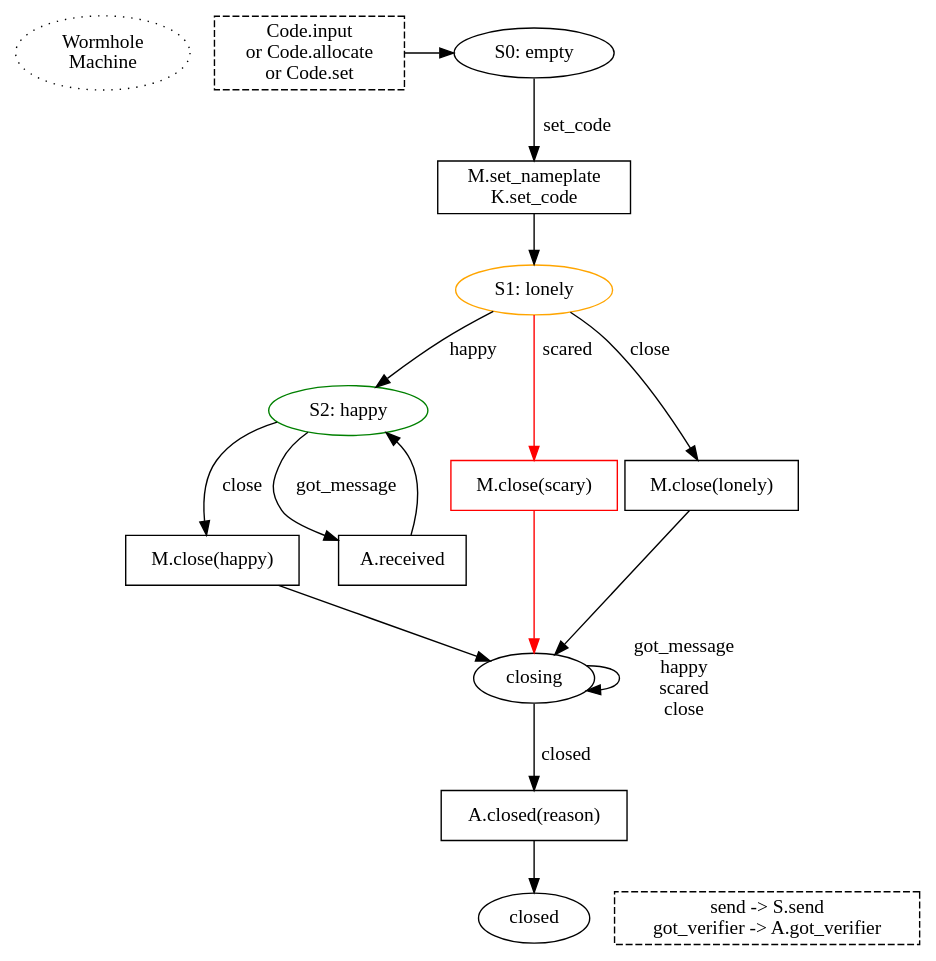
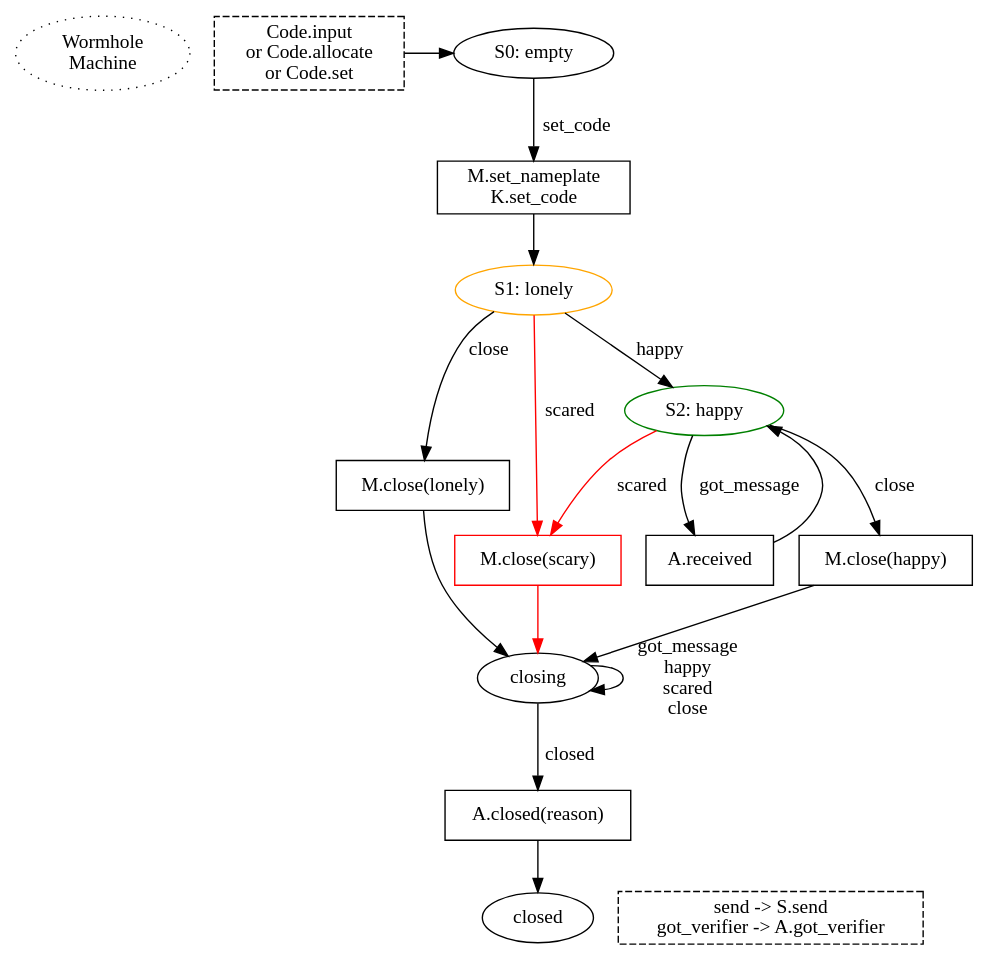
Before and after one commit to magic-wormhole/magic-wormhole: the diagram in docs/wormhole.dot, drawn with Graphviz. The commit also changed 13 other files, not shown here.

```diff
--- a/docs/wormhole.dot
+++ b/docs/wormhole.dot
@@ -1,57 +1,59 @@
 digraph {
 
         /* could shave a RTT by committing to the nameplate early, before
         finishing the rest of the code input. While the user is still
         typing/completing the code, we claim the nameplate, open the mailbox,
         and retrieve the peer's PAKE message. Then as soon as the user
         finishes entering the code, we build our own PAKE message, send PAKE,
         compute the key, send VERSION. Starting from the Return, this saves
         two round trips. OTOH it adds consequences to hitting Tab. */
 
         start [label="Wormhole\nMachine" style="dotted"]
 
         {rank=same; P0_code S0}
         P0_code [shape="box" style="dashed"
                  label="Code.input\n or Code.allocate\n or Code.set"]
         P0_code -> S0
         S0 [label="S0: empty"]
         S0 -> P0_build [label="set_code"]
 
         P0_build [shape="box" label="M.set_nameplate\nK.set_code"]
         P0_build -> S1
         S1 [label="S1: lonely" color="orange"]
 
         S1 -> S2 [label="happy"]
 
         S1 -> P_close_scary [label="scared" color="red"]
         S1 -> P_close_lonely [label="close"]
         P_close_lonely [shape="box" label="M.close(lonely)"]
         P_close_lonely -> S_closing
 
         P_close_scary [shape="box" label="M.close(scary)" color="red"]
         P_close_scary -> S_closing [color="red"]
 
         S2 [label="S2: happy" color="green"]
         S2 -> P2_close [label="close"]
         P2_close [shape="box" label="M.close(happy)"]
         P2_close -> S_closing
 
         S2 -> P2_got_message [label="got_message"]
         P2_got_message [shape="box" label="A.received"]
         P2_got_message -> S2
 
+        S2 -> P_close_scary [label="scared" color="red"]
+
         S_closing [label="closing"]
         S_closing -> P_closed [label="closed"]
         S_closing -> S_closing [label="got_message\nhappy\nscared\nclose"]
 
         P_closed [shape="box" label="A.closed(reason)"]
         P_closed -> S_closed
         S_closed [label="closed"]
 
         {rank=same; Other S_closed}
         Other [shape="box" style="dashed"
                label="send -> S.send\ngot_verifier -> A.got_verifier"
                ]
 
 
 }
```
